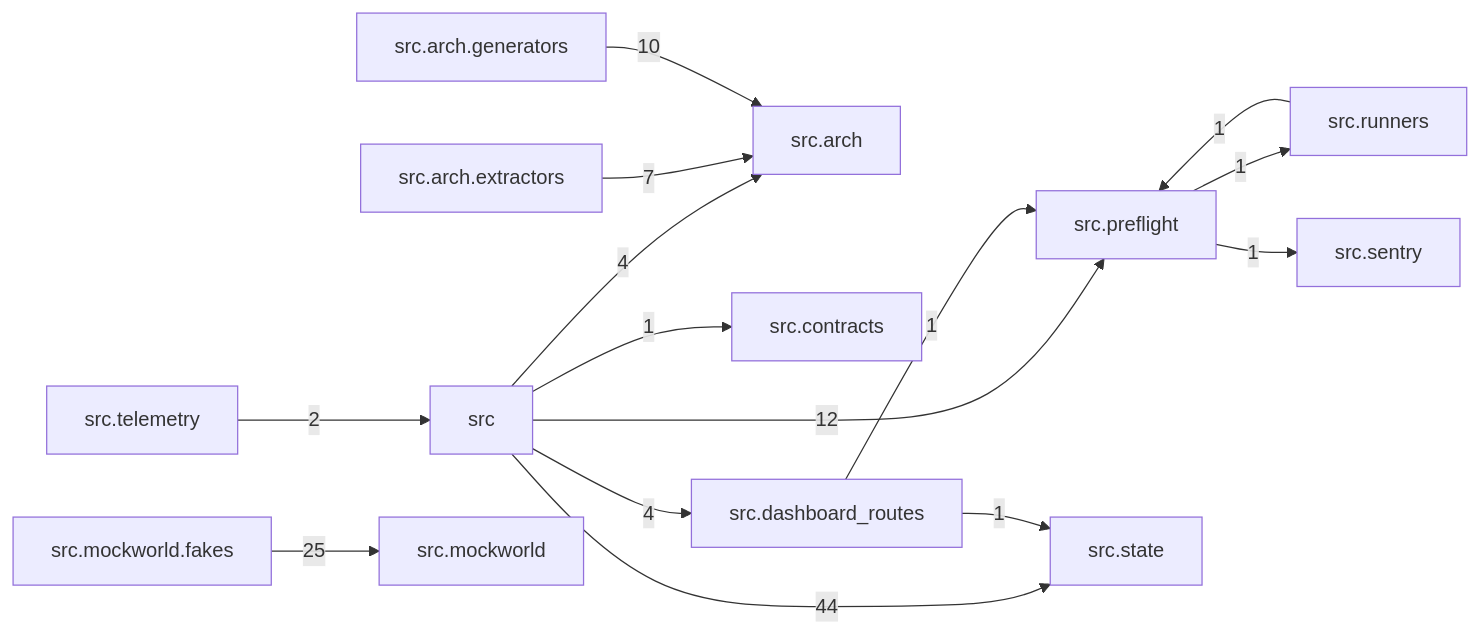
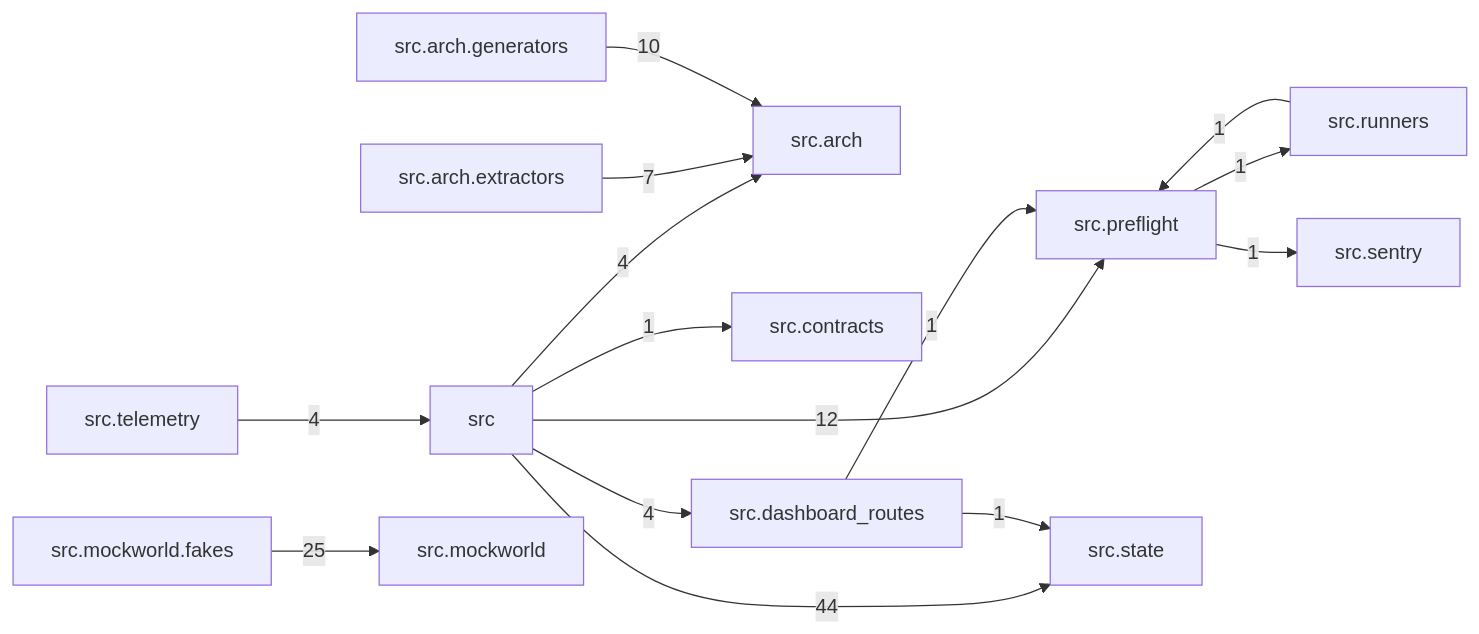
The diagram in docs/arch/generated/modules.md (T-rav/hyrdaflow), drawn with Mermaid before and after one commit. The commit also changed other lines of this file and 12 other files, not shown here.

````diff
--- a/docs/arch/generated/modules.md
+++ b/docs/arch/generated/modules.md
@@ -7,30 +7,30 @@
 ```mermaid
 graph LR
     src["src"]
     src_arch["src.arch"]
     src_arch_extractors["src.arch.extractors"]
     src_arch_generators["src.arch.generators"]
     src_contracts["src.contracts"]
     src_dashboard_routes["src.dashboard_routes"]
     src_mockworld["src.mockworld"]
     src_mockworld_fakes["src.mockworld.fakes"]
     src_preflight["src.preflight"]
     src_runners["src.runners"]
     src_sentry["src.sentry"]
     src_state["src.state"]
     src_telemetry["src.telemetry"]
     src -- "4" --> src_arch
     src -- "1" --> src_contracts
     src -- "4" --> src_dashboard_routes
     src -- "12" --> src_preflight
     src -- "44" --> src_state
     src_arch_extractors -- "7" --> src_arch
     src_arch_generators -- "10" --> src_arch
     src_dashboard_routes -- "1" --> src_preflight
     src_dashboard_routes -- "1" --> src_state
     src_mockworld_fakes -- "25" --> src_mockworld
     src_preflight -- "1" --> src_runners
     src_preflight -- "1" --> src_sentry
     src_runners -- "1" --> src_preflight
-    src_telemetry -- "2" --> src
+    src_telemetry -- "4" --> src
 ```
````
